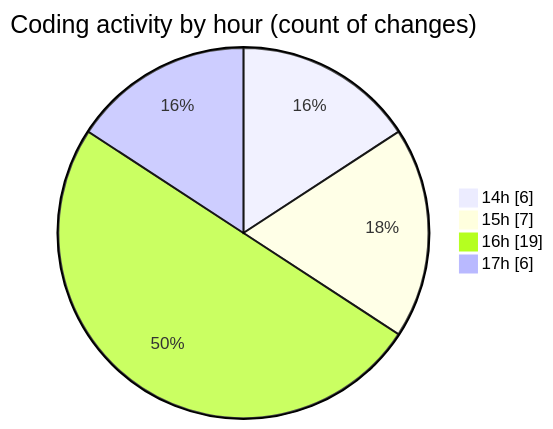
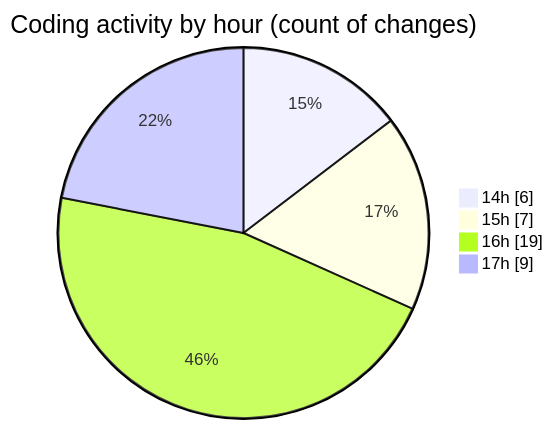
Before and after one commit to igalym/code-tracking: the second of 2 diagrams in 2026-03-30/cinema/README.md, drawn with Mermaid. The commit also changed other lines of this file and 1 other file, not shown here.

````diff
--- a/2026-03-30/cinema/README.md
+++ b/2026-03-30/cinema/README.md
@@ -37,8 +39,8 @@
 ```mermaid
 pie showData
 title Coding activity by hour (count of changes)
 "14h" : 6
 "15h" : 7
 "16h" : 19
-"17h" : 6
+"17h" : 9
 ```
````
